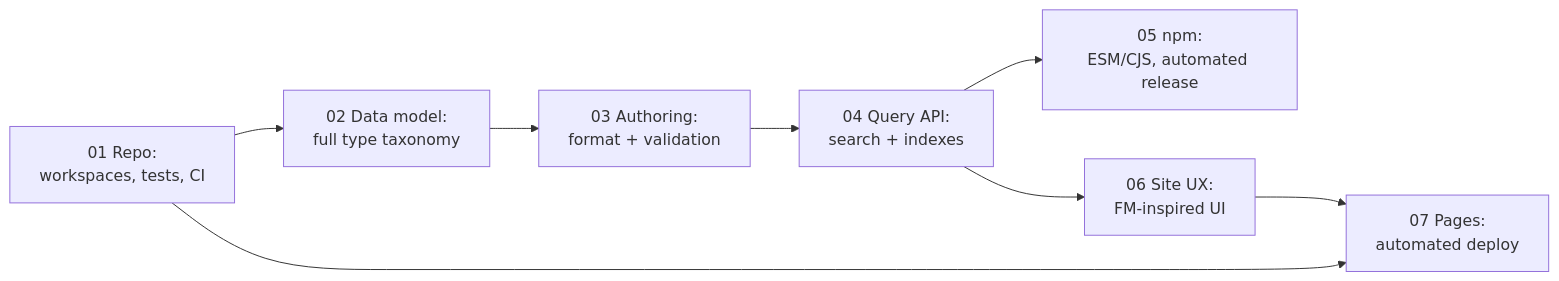
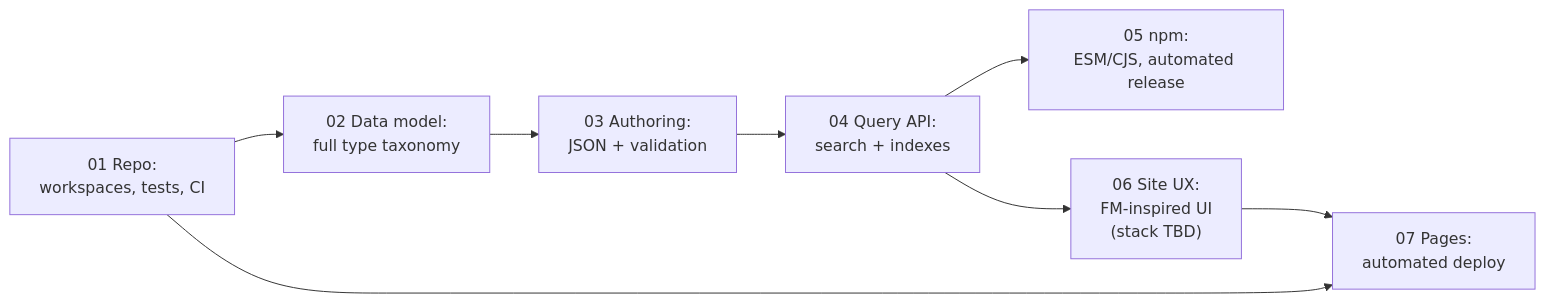
Before and after one commit to mhsalves/yugioh-fb-catalog: the diagram in docs/specs/README.md, drawn with Mermaid. The commit also changed other lines of this file and 6 other files, not shown here.

First line of the commit message:
docs(specs): Adopt JSON for catalog data; leave site stack open

````diff
--- a/docs/specs/README.md
+++ b/docs/specs/README.md
@@ -47,10 +54,10 @@
 ```mermaid
 flowchart LR
     R["01 Repo:<br/>workspaces, tests, CI"] --> M["02 Data model:<br/>full type taxonomy"]
-    M --> A["03 Authoring:<br/>format + validation"]
+    M --> A["03 Authoring:<br/>JSON + validation"]
     A --> Q["04 Query API:<br/>search + indexes"]
     Q --> N["05 npm:<br/>ESM/CJS, automated release"]
-    Q --> U["06 Site UX:<br/>FM-inspired UI"]
+    Q --> U["06 Site UX:<br/>FM-inspired UI<br/>(stack TBD)"]
     U --> P["07 Pages:<br/>automated deploy"]
     R --> P
 ```
````
